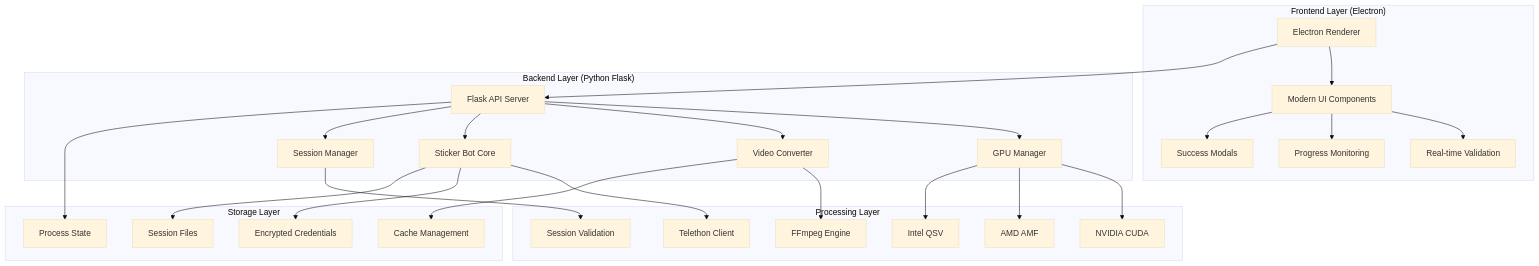
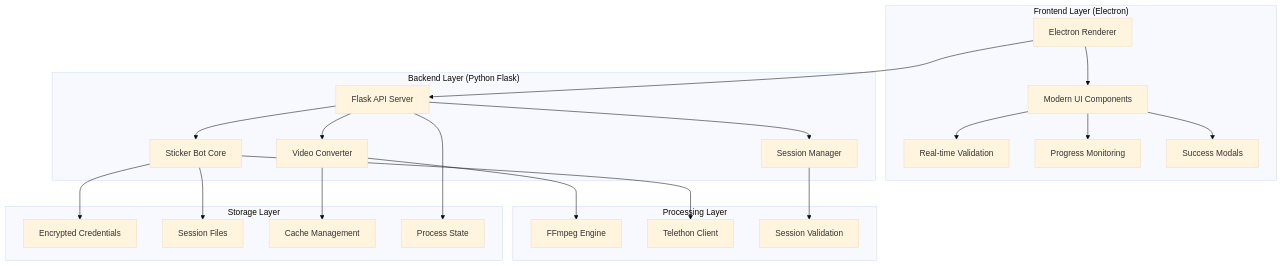
One commit to RohitPoul/Telegram-Sticker-Maker-And-Auto-Uploader changed the diagram in README.md. Above: the diagram before and after it, drawn with Mermaid (base theme). The commit also changed other lines of this file, not shown here.

Commit message:
docs: Update README with comprehensive project documentation and features - 14-09

````diff
--- a/README.md
+++ b/README.md
@@ -83,38 +83,34 @@
 ```mermaid
 graph TB
     subgraph "Frontend Layer (Electron)"
         A[Electron Renderer] --> B[Modern UI Components]
         B --> C[Real-time Validation]
         B --> D[Progress Monitoring]
         B --> E[Success Modals]
     end
     
     subgraph "Backend Layer (Python Flask)"
-        F[Flask API Server] --> G[GPU Manager]
-        F --> H[Video Converter]
+        F[Flask API Server] --> H[Video Converter]
         F --> I[Sticker Bot Core]
         F --> J[Session Manager]
     end
     
     subgraph "Processing Layer"
-        G --> K[NVIDIA CUDA]
-        G --> L[AMD AMF]
-        G --> M[Intel QSV]
         H --> N[FFmpeg Engine]
         I --> O[Telethon Client]
         J --> P[Session Validation]
     end
     
     subgraph "Storage Layer"
         Q[Encrypted Credentials]
         R[Session Files]
         S[Cache Management]
         T[Process State]
     end
     
     A --> F
     I --> Q
     I --> R
     H --> S
     F --> T
 ```
````
